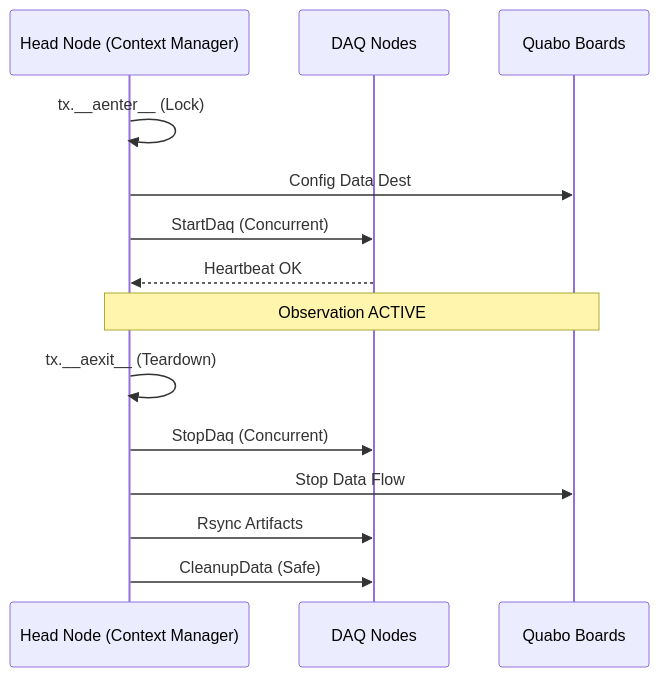
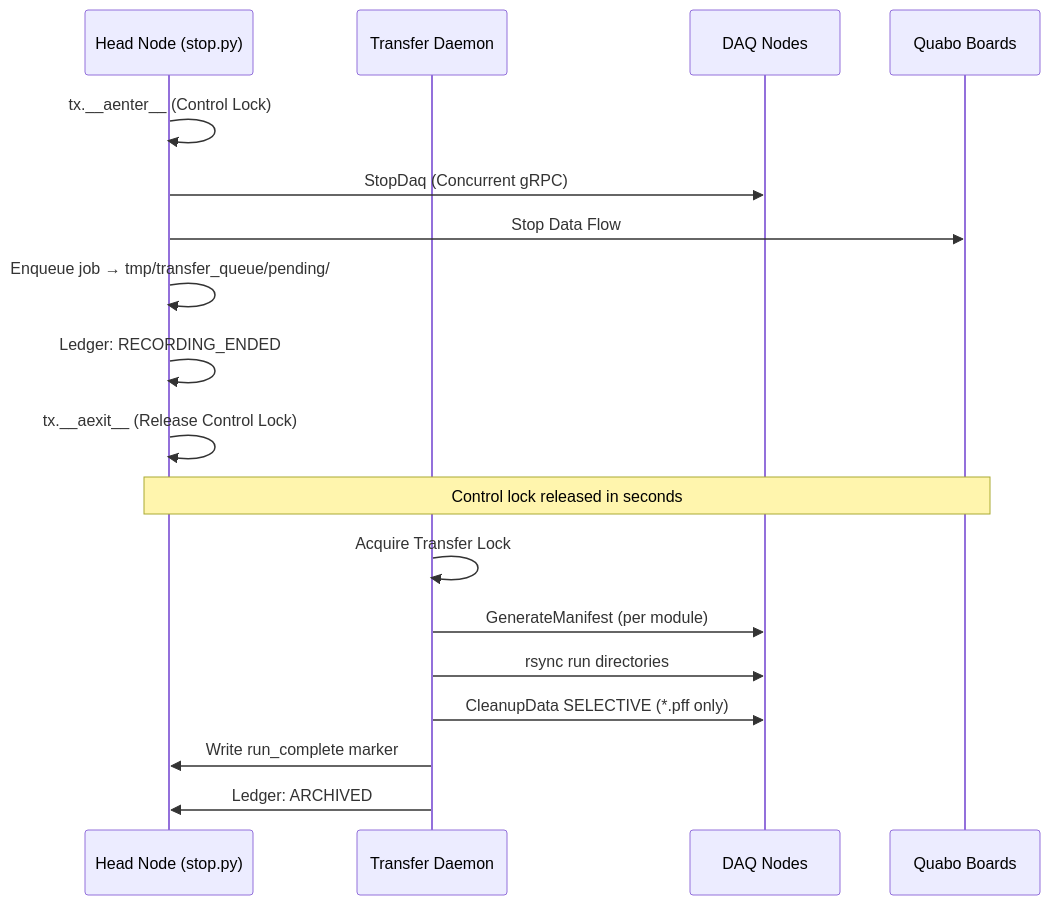
Before and after one commit to panoseti/panoseti: the fourth of 4 diagrams in control/TRANSACTIONS.md, drawn with Mermaid. The commit also changed other lines of this file and 4 other files, not shown here.

First line of the commit message:
docs: update all docs for decoupled transfer pipeline and Phase 1 gRPC

````diff
--- a/control/TRANSACTIONS.md
+++ b/control/TRANSACTIONS.md
@@ -96,17 +168,23 @@
 ```mermaid
 sequenceDiagram
-    participant Head as Head Node (Context Manager)
+    participant Head as Head Node (stop.py)
+    participant Daemon as Transfer Daemon
     participant DAQ as DAQ Nodes
     participant Quabo as Quabo Boards
 
-    Head->>Head: tx.__aenter__ (Lock)
-    Head->>Quabo: Config Data Dest
-    Head->>DAQ: StartDaq (Concurrent)
-    DAQ-->>Head: Heartbeat OK
-    Note over Head,Quabo: Observation ACTIVE
-    Head->>Head: tx.__aexit__ (Teardown)
-    Head->>DAQ: StopDaq (Concurrent)
+    Head->>Head: tx.__aenter__ (Control Lock)
+    Head->>DAQ: StopDaq (Concurrent gRPC)
     Head->>Quabo: Stop Data Flow
-    Head->>DAQ: Rsync Artifacts
-    Head->>DAQ: CleanupData (Safe)
+    Head->>Head: Enqueue job → tmp/transfer_queue/pending/
+    Head->>Head: Ledger: RECORDING_ENDED
+    Head->>Head: tx.__aexit__ (Release Control Lock)
+
+    Note over Head,Quabo: Control lock released in seconds
+
+    Daemon->>Daemon: Acquire Transfer Lock
+    Daemon->>DAQ: GenerateManifest (per module)
+    Daemon->>DAQ: rsync run directories
+    Daemon->>DAQ: CleanupData SELECTIVE (*.pff only)
+    Daemon->>Head: Write run_complete marker
+    Daemon->>Head: Ledger: ARCHIVED
 ```
````
